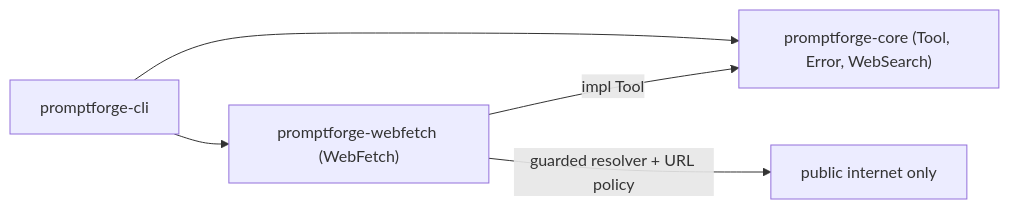
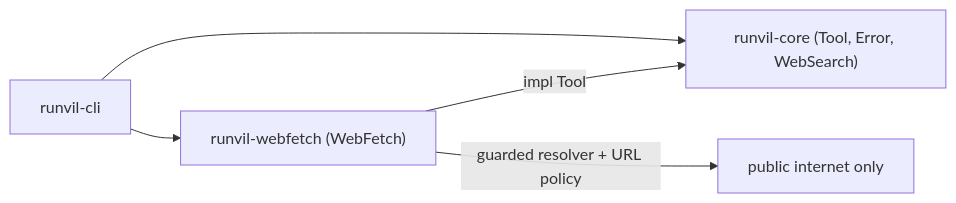
Before and after one commit to cppalliance/promptforge: the diagram in vibe/2026-07/2026-07-29-4-webfetch-crate-extraction.md, drawn with Mermaid. The commit also changed other lines of this file and 1573 other files, not shown here.

````diff
--- a/vibe/2026-07/2026-07-29-4-webfetch-crate-extraction.md
+++ b/vibe/2026-07/2026-07-29-4-webfetch-crate-extraction.md
@@ -61,7 +61,7 @@
 ```mermaid
 flowchart LR
-    Cli["promptforge-cli"] --> Core["promptforge-core (Tool, Error, WebSearch)"]
-    Cli --> WF["promptforge-webfetch (WebFetch)"]
+    Cli["runvil-cli"] --> Core["runvil-core (Tool, Error, WebSearch)"]
+    Cli --> WF["runvil-webfetch (WebFetch)"]
     WF -->|"impl Tool"| Core
     WF -->|"guarded resolver + URL policy"| Net["public internet only"]
 ```
````
